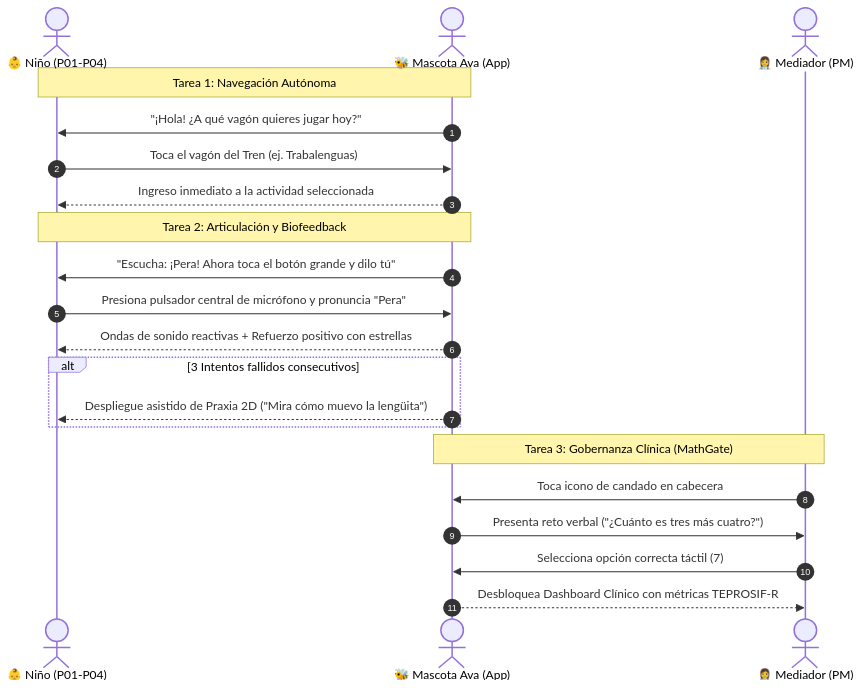
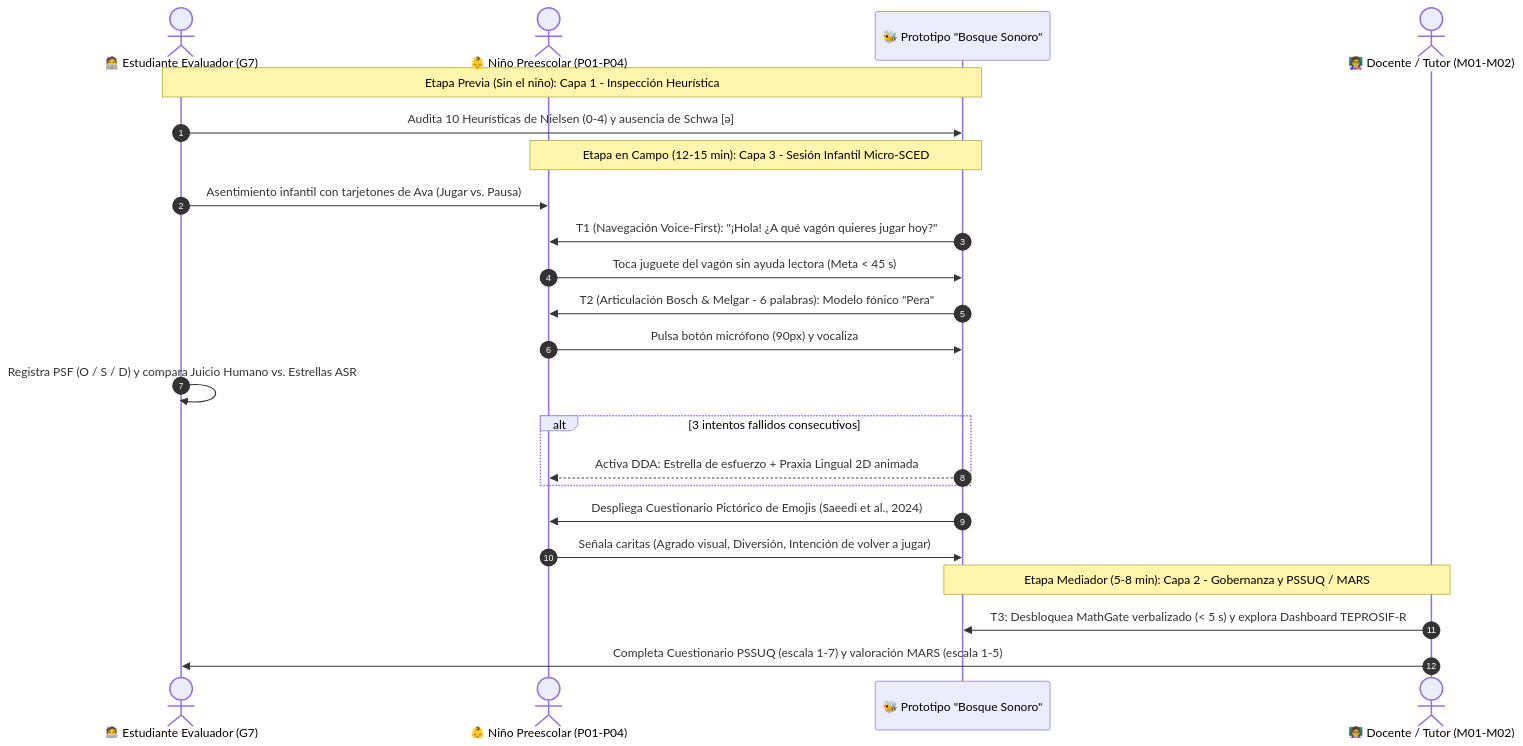
The third of 4 diagrams in Proyecto/Documentación/Actividad 10 - Prueba de Usabilidad y Accesibilidad/Actividad 10 - Prueba de Usabilidad y Accesibilidad.md (MasaruC/App_Fono-Ludica), drawn with Mermaid before and after one commit. The commit also changed other lines of this file and 17 other files, not shown here.

Commit message:
feat(act10): refactorizar Modo Evaluacion Micro-SCED v3.0, consola remota evaluador, telemetria y guias README

````diff
--- a/Proyecto/Documentación/Actividad 10 - Prueba de Usabilidad y Accesibilidad/Actividad 10 - Prueba de Usabilidad y Accesibilidad.md
+++ b/Proyecto/Documentación/Actividad 10 - Prueba de Usabilidad y Accesibilidad/Actividad 10 - Prueba de Usabilidad y Accesibilidad.md
@@ -150,26 +210,28 @@
 ```mermaid
 sequenceDiagram
     autonumber
-    actor Niño as 👶 Niño (P01-P04)
-    actor Ava as 🐝 Mascota Ava (App)
-    actor Med as 👩‍⚕️ Mediador (PM)
+    actor Eval as 🧑‍💻 Estudiante Evaluador (G7)
+    actor Nino as 👶 Niño Preescolar (P01-P04)
+    participant App as 🐝 Prototipo "Bosque Sonoro"
+    actor Med as 👩‍🏫 Docente / Tutor (M01-M02)
 
-    Note over Niño, Ava: Tarea 1: Navegación Autónoma
-    Ava->>Niño: "¡Hola! ¿A qué vagón quieres jugar hoy?"
-    Niño->>Ava: Toca el vagón del Tren (ej. Trabalenguas)
-    Ava-->>Niño: Ingreso inmediato a la actividad seleccionada
+    Note over Eval, App: Etapa Previa (Sin el niño): Capa 1 - Inspección Heurística
+    Eval->>App: Audita 10 Heurísticas de Nielsen (0-4) y ausencia de Schwa [ə]
 
-    Note over Niño, Ava: Tarea 2: Articulación y Biofeedback
-    Ava->>Niño: "Escucha: ¡Pera! Ahora toca el botón grande y dilo tú"
-    Niño->>Ava: Presiona pulsador central de micrófono y pronuncia "Pera"
-    Ava-->>Niño: Ondas de sonido reactivas + Refuerzo positivo con estrellas
-    alt 3 Intentos fallidos consecutivos
-        Ava-->>Niño: Despliegue asistido de Praxia 2D ("Mira cómo muevo la lengüita")
+    Note over Nino, App: Etapa en Campo (12-15 min): Capa 3 - Sesión Infantil Micro-SCED
+    Eval->>Nino: Asentimiento infantil con tarjetones de Ava (Jugar vs. Pausa)
+    App->>Nino: T1 (Navegación Voice-First): "¡Hola! ¿A qué vagón quieres jugar hoy?"
+    Nino->>App: Toca juguete del vagón sin ayuda lectora (Meta < 45 s)
+    App->>Nino: T2 (Articulación Bosch & Melgar - 6 palabras): Modelo fónico "Pera"
+    Nino->>App: Pulsa botón micrófono (90px) y vocaliza
+    Eval->>Eval: Registra PSF (O / S / D) y compara Juicio Humano vs. Estrellas ASR
+    alt 3 intentos fallidos consecutivos
+        App-->>Nino: Activa DDA: Estrella de esfuerzo + Praxia Lingual 2D animada
     end
+    App->>Nino: Despliega Cuestionario Pictórico de Emojis (Saeedi et al., 2024)
+    Nino->>App: Señala caritas (Agrado visual, Diversión, Intención de volver a jugar)
 
-    Note over Med, Ava: Tarea 3: Gobernanza Clínica (MathGate)
-    Med->>Ava: Toca icono de candado en cabecera
-    Ava->>Med: Presenta reto verbal ("¿Cuánto es tres más cuatro?")
-    Med->>Ava: Selecciona opción correcta táctil (7)
-    Ava-->>Med: Desbloquea Dashboard Clínico con métricas TEPROSIF-R
+    Note over Med, App: Etapa Mediador (5-8 min): Capa 2 - Gobernanza y PSSUQ / MARS
+    Med->>App: T3: Desbloquea MathGate verbalizado (< 5 s) y explora Dashboard TEPROSIF-R
+    Med->>Eval: Completa Cuestionario PSSUQ (escala 1-7) y valoración MARS (escala 1-5)
 ```
````
